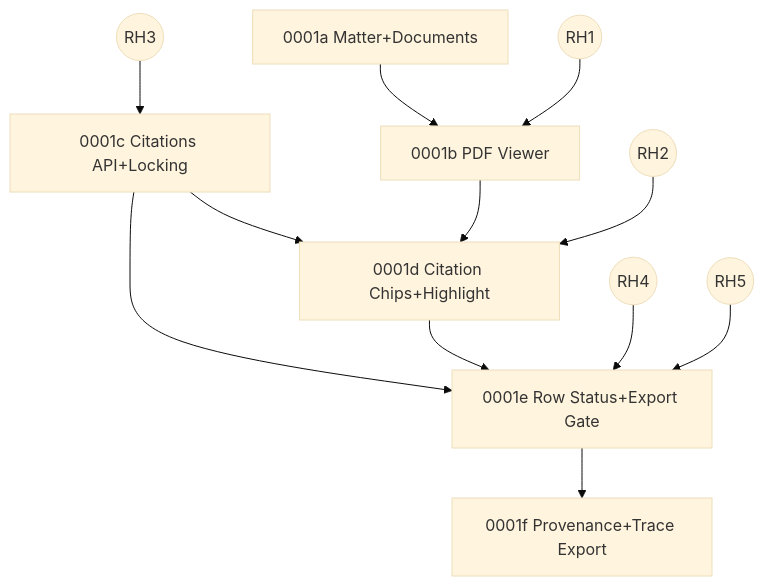
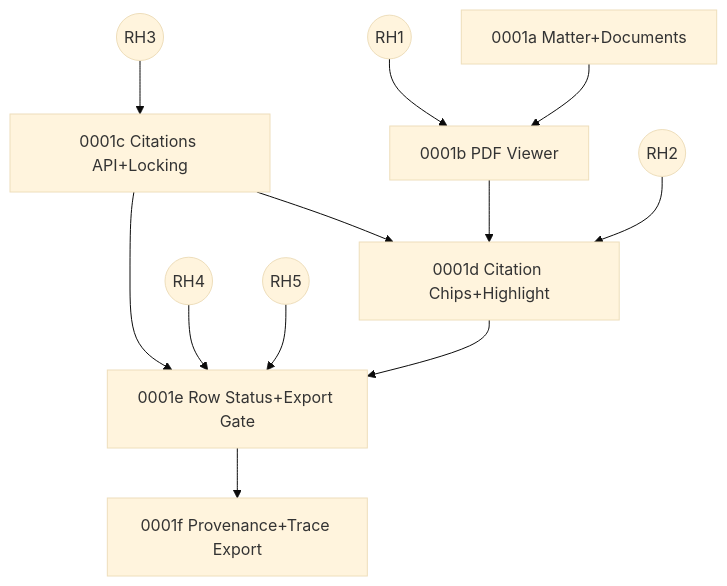
The diagram in docs/04-projects/02-features/0001_trust-substrate/plan.md (marchatton/legaltech-poc), drawn with Mermaid (base theme) before and after one commit. The commit also changed other lines of this file, not shown here.

````diff
--- a/docs/04-projects/02-features/0001_trust-substrate/plan.md
+++ b/docs/04-projects/02-features/0001_trust-substrate/plan.md
@@ -94,28 +102,28 @@
 ```mermaid
 graph TD
   A[0001a Matter+Documents]
   B[0001b PDF Viewer]
   C[0001c Citations API+Locking]
   D[0001d Citation Chips+Highlight]
   E[0001e Row Status+Export Gate]
   F[0001f Provenance+Trace Export]
 
   RH1((RH1))
   RH2((RH2))
   RH3((RH3))
   RH4((RH4))
   RH5((RH5))
 
   A --> B
+  B --> D
   C --> D
-  B --> D
   C --> E
   D --> E
   E --> F
 
   RH1 --> B
   RH2 --> D
   RH3 --> C
   RH4 --> E
   RH5 --> E
 ```
````
